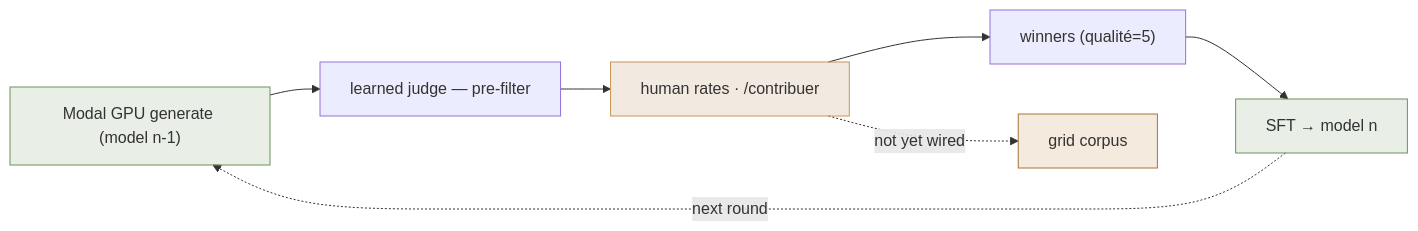
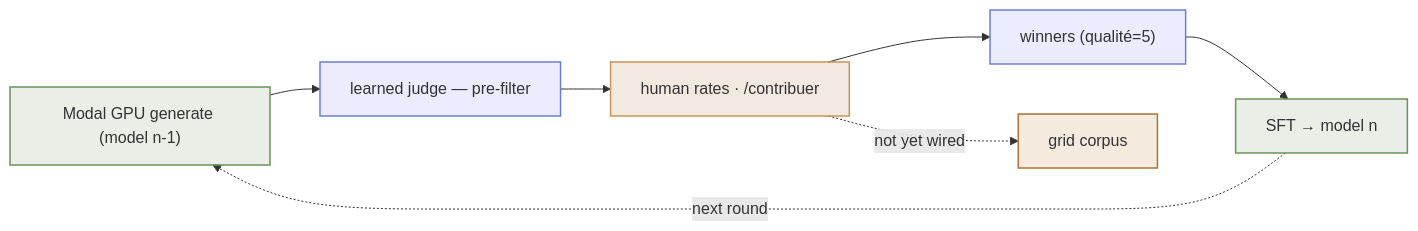
Before and after one commit to Ishou/wordsparrow: the fifth of 5 diagrams in README.md, drawn with Mermaid. The commit also changed other lines of this file and 4 other files, not shown here.

First line of the commit message:
feat(infra-diagrams): blue border on plain diagram nodes

````diff
--- a/README.md
+++ b/README.md
@@ -281,21 +285,22 @@
 ```mermaid
 flowchart LR
   gen["Modal GPU generate (model n-1)"]
   judge["learned judge — pre-filter"]
   human["human rates · /contribuer"]
   winners["winners (qualité=5)"]
   sft["SFT → model n"]
   grid["grid corpus"]
   gen --> judge
   judge --> human
   human --> winners
   winners --> sft
   sft -. next round .-> gen
   human -. not yet wired .-> grid
   classDef context fill:#6a935826,stroke:#6a9358;
   classDef data fill:#c8945633,stroke:#a87538;
   classDef messaging fill:#a8753826,stroke:#c89456;
   class gen,sft context;
   class grid data;
   class human messaging;
+  classDef default stroke:#6b7fd7,stroke-width:1.5px;
 ```
````
